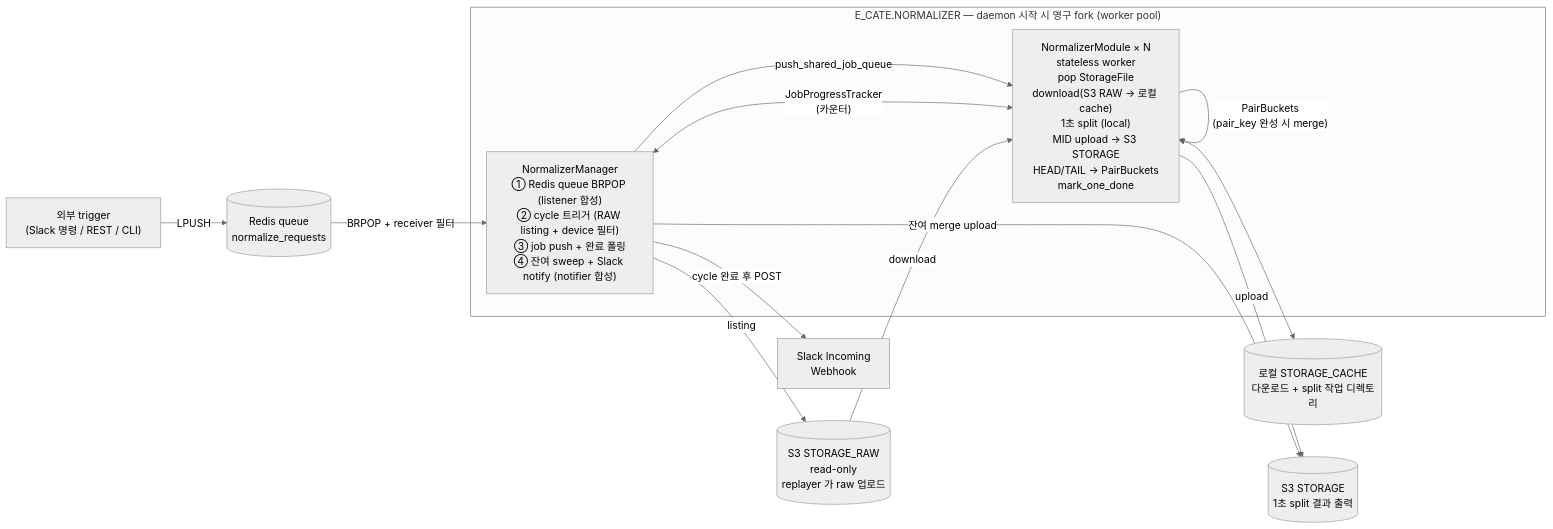
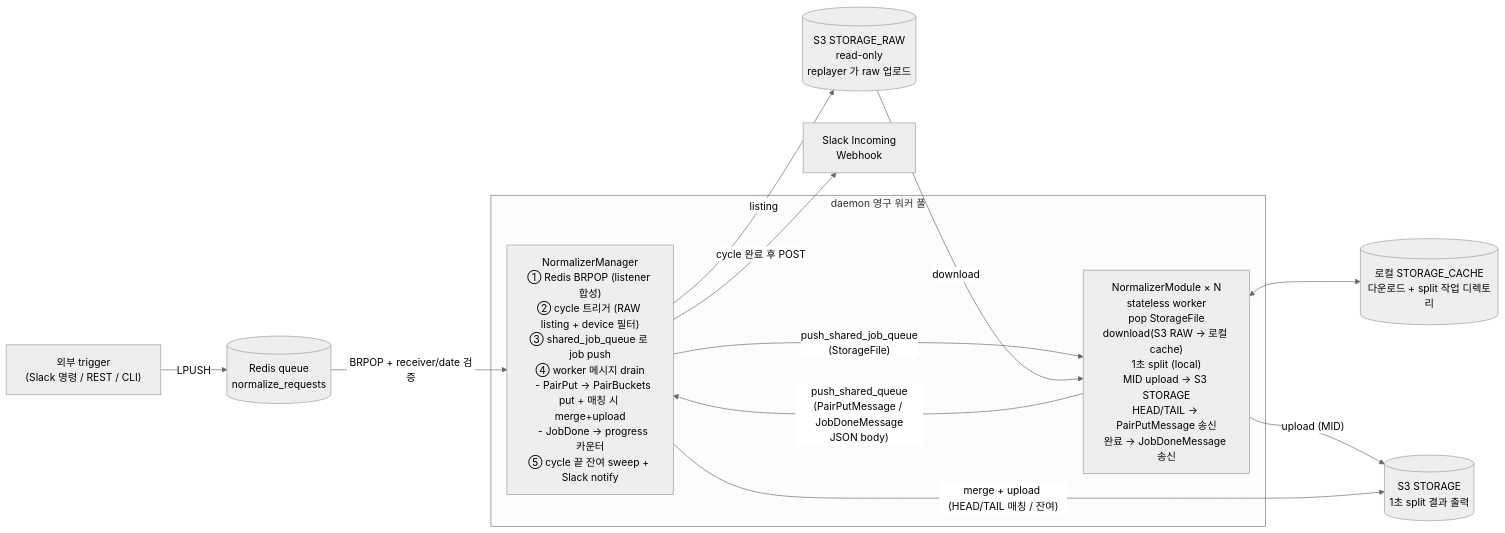
One commit to Sinminbeom/sensor-data-normalization changed the diagram in README.md. Above: the diagram before and after it, drawn with Mermaid (neutral theme). The commit also changed other lines of this file, not shown here.

````diff
--- a/README.md
+++ b/README.md
@@ -83,29 +90,28 @@
 ```mermaid
 flowchart LR
     Trigger["외부 trigger<br/>(Slack 명령 / REST / CLI)"]
     Redis[(Redis queue<br/>normalize_requests)]
     Slack["Slack Incoming<br/>Webhook"]
 
     S3Raw[(S3 STORAGE_RAW<br/>read-only<br/>replayer 가 raw 업로드)]
     LocalCache[("로컬 STORAGE_CACHE<br/>다운로드 + split 작업 디렉토리")]
     S3Out[(S3 STORAGE<br/>1초 split 결과 출력)]
 
-    subgraph App["E_CATE.NORMALIZER — daemon 시작 시 영구 fork (worker pool)"]
-        Manager["NormalizerManager<br/>① Redis queue BRPOP (listener 합성)<br/>② cycle 트리거 (RAW listing + device 필터)<br/>③ job push + 완료 폴링<br/>④ 잔여 sweep + Slack notify (notifier 합성)"]
-        Modules["NormalizerModule × N<br/>stateless worker<br/>pop StorageFile<br/>download(S3 RAW → 로컬 cache)<br/>1초 split (local)<br/>MID upload → S3 STORAGE<br/>HEAD/TAIL → PairBuckets<br/>mark_one_done"]
+    subgraph App["daemon 영구 워커 풀"]
+        Manager["NormalizerManager<br/>① Redis BRPOP (listener 합성)<br/>② cycle 트리거 (RAW listing + device 필터)<br/>③ shared_job_queue 로 job push<br/>④ worker 메시지 drain<br/>   - PairPut → PairBuckets put + 매칭 시 merge+upload<br/>   - JobDone → progress 카운터<br/>⑤ cycle 끝 잔여 sweep + Slack notify"]
+        Modules["NormalizerModule × N<br/>stateless worker<br/>pop StorageFile<br/>download(S3 RAW → 로컬 cache)<br/>1초 split (local)<br/>MID upload → S3 STORAGE<br/>HEAD/TAIL → PairPutMessage 송신<br/>완료 → JobDoneMessage 송신"]
 
-        Manager -- "push_shared_job_queue" --> Modules
-        Modules -- "PairBuckets<br/>(pair_key 완성 시 merge)" --> Modules
-        Manager <-- "JobProgressTracker<br/>(카운터)" --> Modules
+        Manager -- "push_shared_job_queue<br/>(StorageFile)" --> Modules
+        Modules -- "push_shared_queue<br/>(PairPutMessage / JobDoneMessage<br/>JSON body)" --> Manager
     end
 
     Manager -- "listing" --> S3Raw
     S3Raw -- "download" --> Modules
     Modules <--> LocalCache
-    Modules -- "upload" --> S3Out
-    Manager -- "잔여 merge upload" --> S3Out
+    Modules -- "upload (MID)" --> S3Out
+    Manager -- "merge + upload (HEAD/TAIL 매칭 / 잔여)" --> S3Out
 
     Trigger -- "LPUSH" --> Redis
-    Redis -- "BRPOP + receiver 필터" --> Manager
+    Redis -- "BRPOP + receiver/date 검증" --> Manager
     Manager -- "cycle 완료 후 POST" --> Slack
 ```
````
